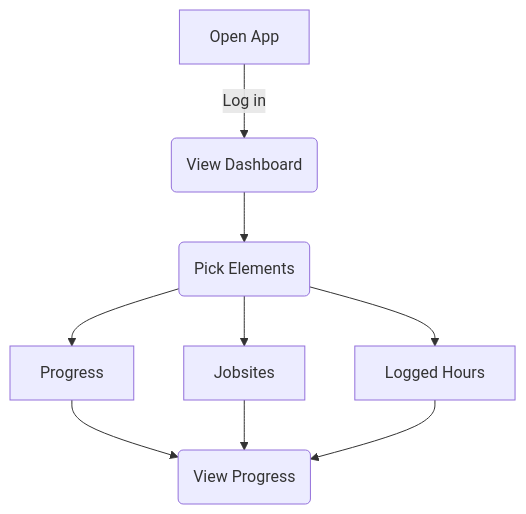
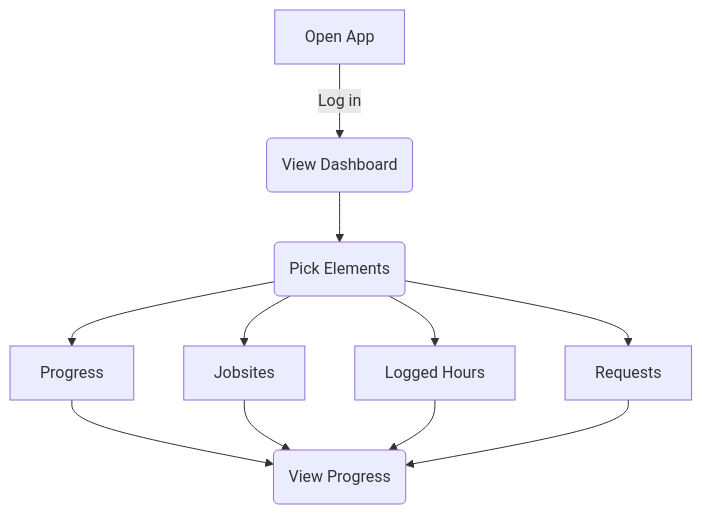
Before and after one commit to KeeganKnapp/CapstoneProject: the diagram in README.md, drawn with Mermaid.

````diff
--- a/README.md
+++ b/README.md
@@ -5,12 +5,14 @@
 ```mermaid
 flowchart TD
     A[Open App] -->|Log in| B(View Dashboard)
     B --> C(Pick Elements)
     C --> D[Progress]
     C --> E[Jobsites]
     C --> F[Logged Hours]
+    C --> H[Requests]
     G(View Progress)
     D --> G
     E --> G
     F --> G
+    H --> G
   ```
````
